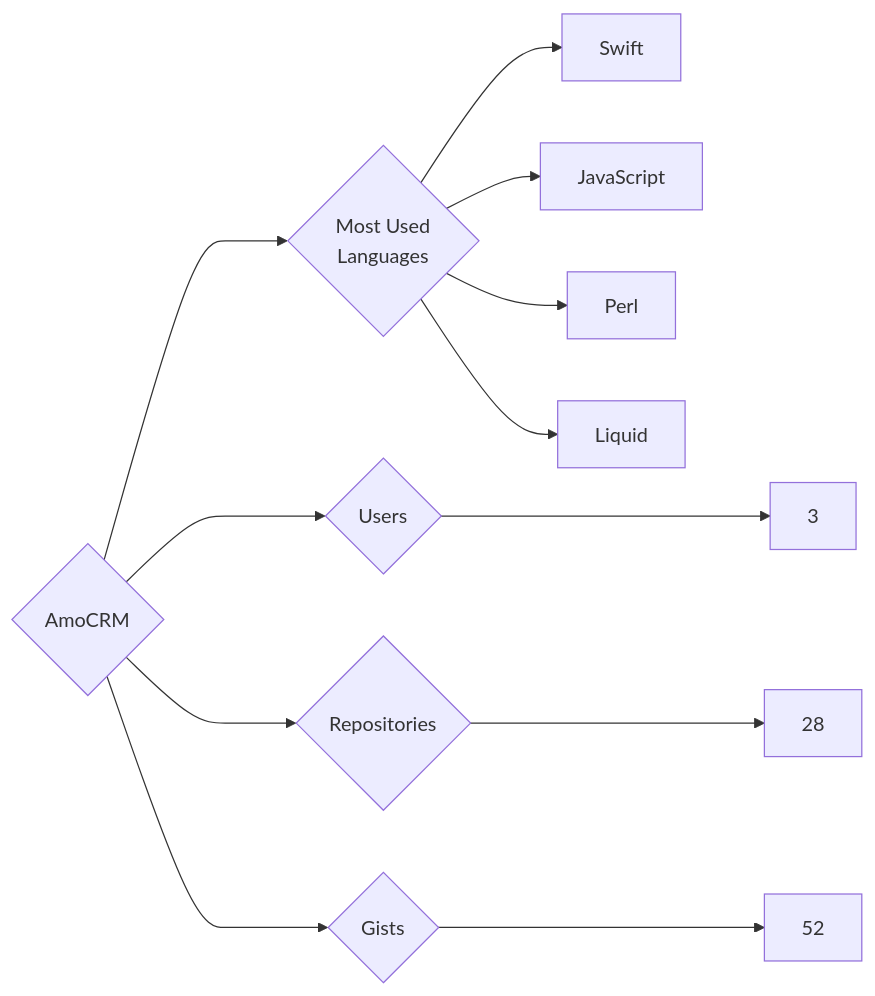
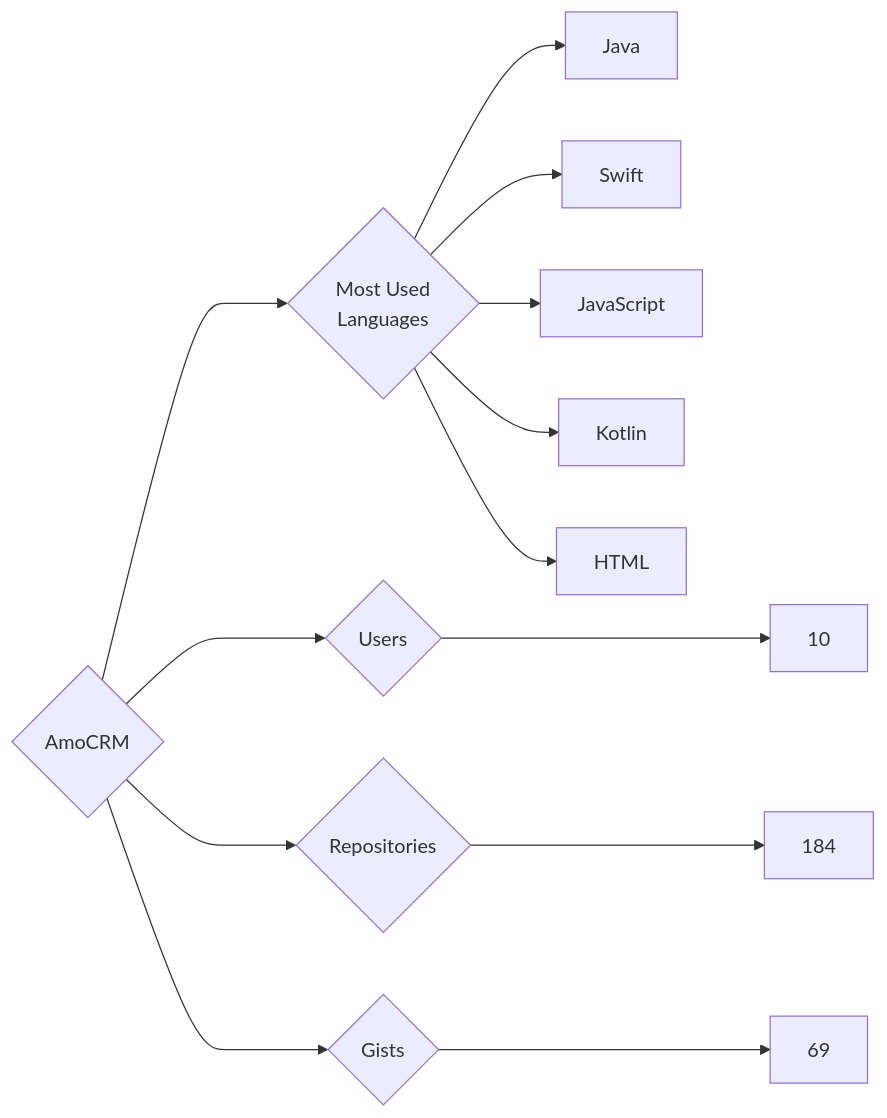
The diagram in targets/AmoCRM/README.md (trickest/insiders), drawn with Mermaid before and after one commit. The commit also changed 681 other files, not shown here.

````diff
--- a/targets/AmoCRM/README.md
+++ b/targets/AmoCRM/README.md
@@ -3,12 +3,13 @@
 ```mermaid
 graph LR
 COMPANY_NAME{AmoCRM}
-COMPANY_NAME ---> U{Users} ---> UN[3]
-COMPANY_NAME ---> R{Repositories} ---> RN[28]
-COMPANY_NAME ---> G{Gists} ---> GN[52]
+COMPANY_NAME ---> U{Users} ---> UN[10]
+COMPANY_NAME ---> R{Repositories} ---> RN[184]
+COMPANY_NAME ---> G{Gists} ---> GN[69]
 COMPANY_NAME ---> ML{Most Used<br>Languages}
+ML --> Java[Java]
 ML --> Swift[Swift]
 ML --> JavaScript[JavaScript]
-ML --> Perl[Perl]
-ML --> Liquid[Liquid]
+ML --> Kotlin[Kotlin]
+ML --> HTML[HTML]
 ```
````
